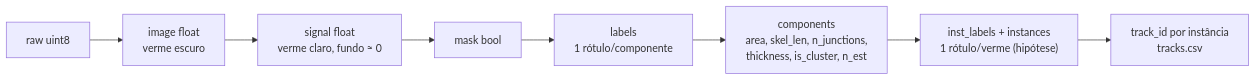
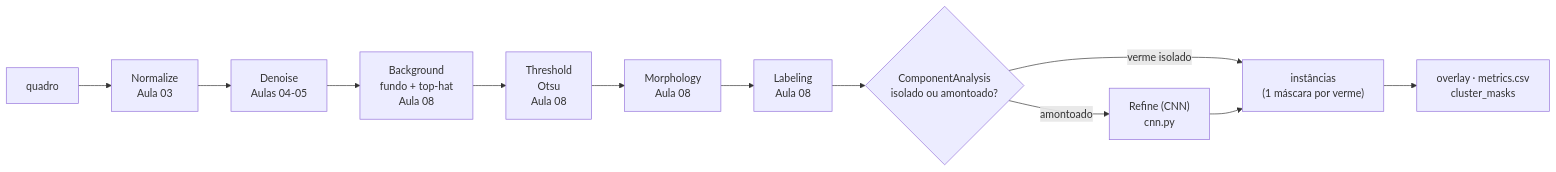
Before and after one commit to Nixxye/PDI-C.Elegans: the diagram in README.md, drawn with Mermaid. The commit also changed other lines of this file and 12 other files, not shown here.

````diff
--- a/README.md
+++ b/README.md
@@ -207,4 +55,7 @@
 ```mermaid
 flowchart LR
-    raw["raw uint8"] --> image["image float<br/>verme escuro"] --> signal["signal float<br/>verme claro, fundo ≈ 0"] --> mask["mask bool"] --> labels["labels<br/>1 rótulo/componente"] --> comps["components<br/>area, skel_len, n_junctions,<br/>thickness, is_cluster, n_est"] --> inst["inst_labels + instances<br/>1 rótulo/verme (hipótese)"] --> trk["track_id por instância<br/>tracks.csv"]
+    A["quadro"] --> B["Normalize<br/>Aula 03"] --> C["Denoise<br/>Aulas 04-05"] --> D["Background<br/>fundo + top-hat<br/>Aula 08"] --> E["Threshold<br/>Otsu<br/>Aula 08"] --> F["Morphology<br/>Aula 08"] --> G["Labeling<br/>Aula 08"] --> H{"ComponentAnalysis<br/>isolado ou amontoado?"}
+    H -- "verme isolado" --> O["instâncias<br/>(1 máscara por verme)"]
+    H -- "amontoado" --> R["Refine (CNN)<br/>cnn.py"] --> O
+    O --> S["overlay · metrics.csv<br/>cluster_masks"]
 ```
````
